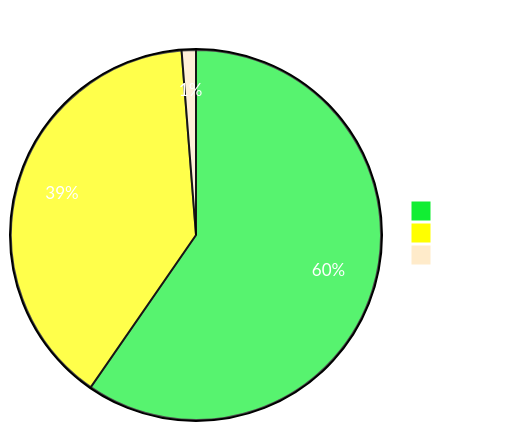
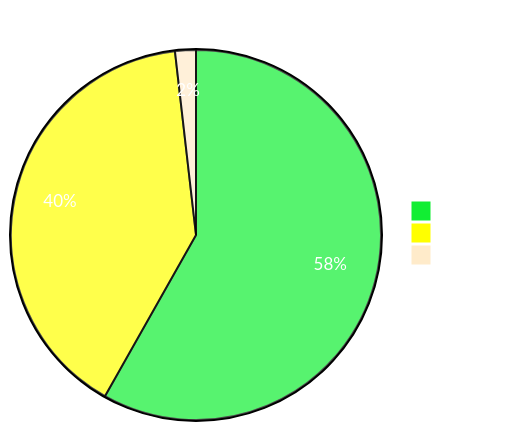
One commit to sumanthtatipamula/Programming changed the diagram in Readme.md. Above: the diagram before and after it, drawn with Mermaid.

Commit message:
Problems Solved on 1st March 2023

````diff
--- a/Readme.md
+++ b/Readme.md
@@ -23,20 +23,20 @@
 ```mermaid
 %%{
   init:
   {
     'theme': 'base',
     'themeVariables':
       {
         'primaryTextColor': '#fff',
         'pie1': '#1E3',
         'pie2': '#FFFF00',
         'pie3': '#ffebca'
       }
   }
 }%%
 pie showData
     title Problems Solved Per Tag
     "Tree" : 96
-    "Graphs": 63
-    "Arrays": 2
+    "Graphs": 66
+    "Arrays": 3
 ```
````
